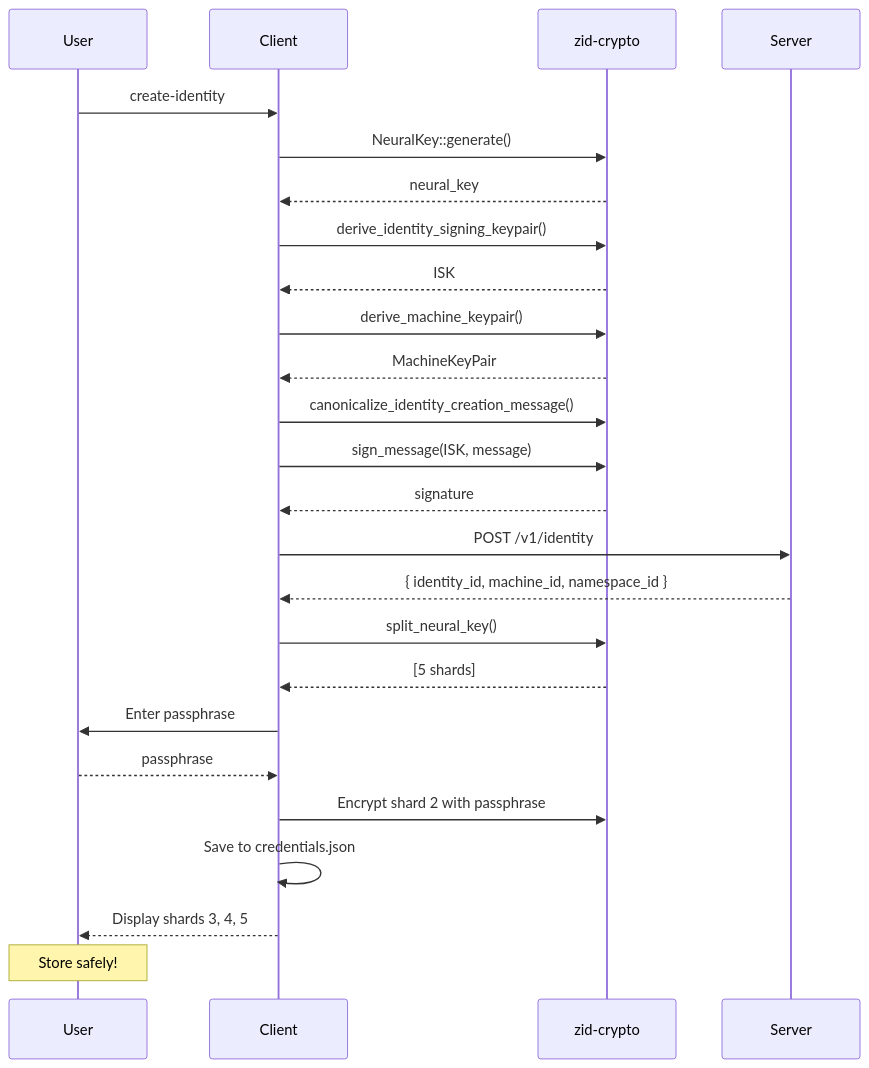
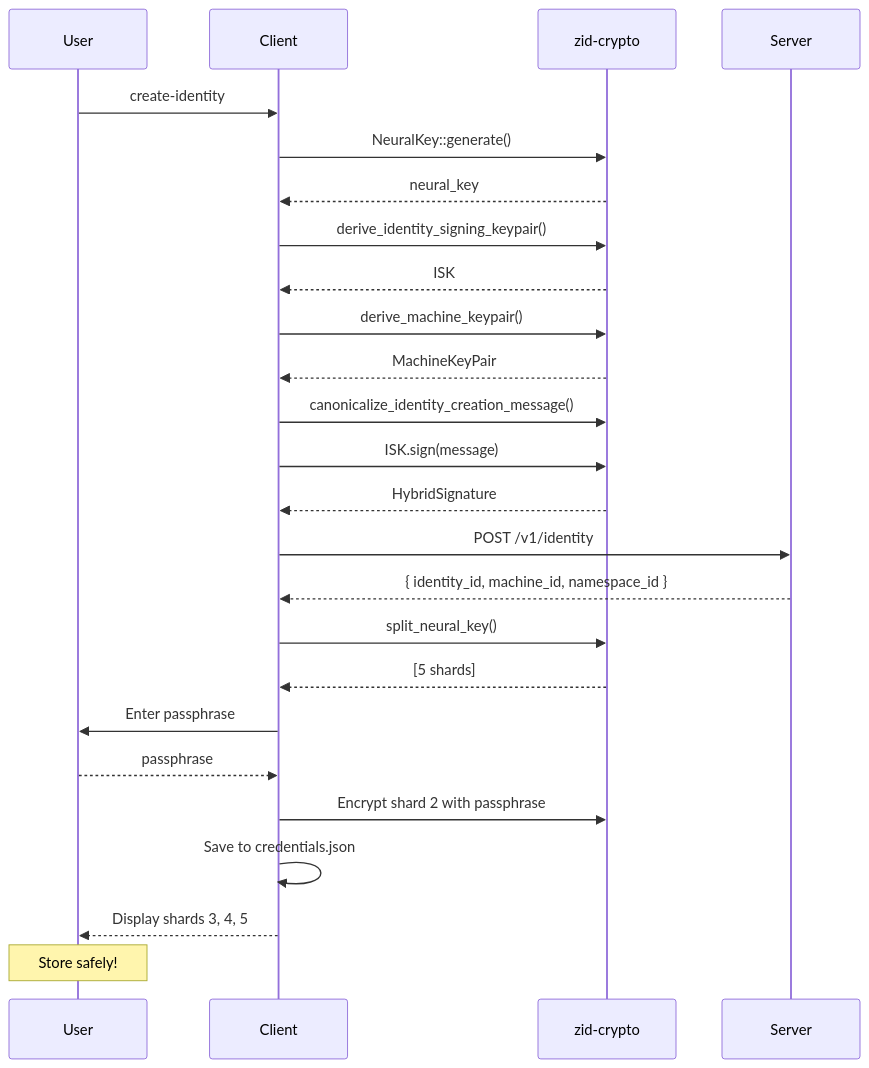
Before and after one commit to cypher-asi/zero-auth: the second of 6 diagrams in docs/spec/v0.1.1/09-client.md, drawn with Mermaid. The commit also changed other lines of this file and 8 other files, not shown here.

````diff
--- a/docs/spec/v0.1.1/09-client.md
+++ b/docs/spec/v0.1.1/09-client.md
@@ -220,38 +217,38 @@
 ```mermaid
 sequenceDiagram
     participant User
     participant Client
     participant Crypto as zid-crypto
     participant Server
     
     User->>Client: create-identity
     
     Client->>Crypto: NeuralKey::generate()
     Crypto-->>Client: neural_key
     
     Client->>Crypto: derive_identity_signing_keypair()
     Crypto-->>Client: ISK
     
     Client->>Crypto: derive_machine_keypair()
     Crypto-->>Client: MachineKeyPair
     
     Client->>Crypto: canonicalize_identity_creation_message()
-    Client->>Crypto: sign_message(ISK, message)
-    Crypto-->>Client: signature
+    Client->>Crypto: ISK.sign(message)
+    Crypto-->>Client: HybridSignature
     
     Client->>Server: POST /v1/identity
     Server-->>Client: { identity_id, machine_id, namespace_id }
     
     Client->>Crypto: split_neural_key()
     Crypto-->>Client: [5 shards]
     
     Client->>User: Enter passphrase
     User-->>Client: passphrase
     
     Client->>Crypto: Encrypt shard 2 with passphrase
     
     Client->>Client: Save to credentials.json
     
     Client-->>User: Display shards 3, 4, 5
     Note over User: Store safely!
 ```
````
